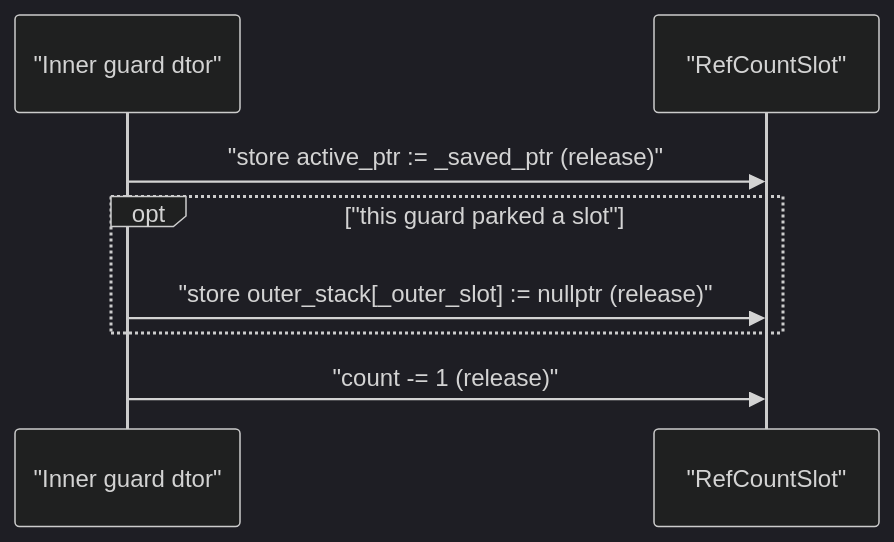
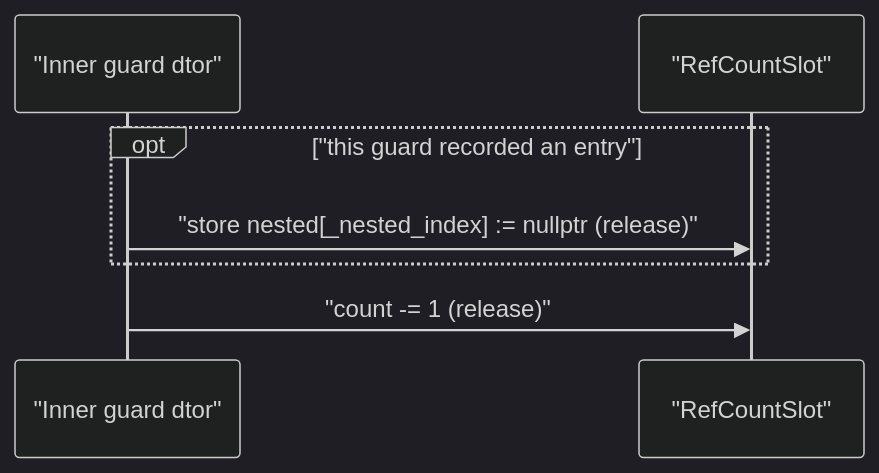
One commit to DataDog/java-profiler changed the fourth of 6 diagrams in doc/architecture/RefCountGuard.md. Above: the diagram before and after it, drawn with Mermaid (dark theme). The commit also changed other lines of this file and 8 other files, not shown here.

````diff
--- a/doc/architecture/RefCountGuard.md
+++ b/doc/architecture/RefCountGuard.md
@@ -120,10 +135,9 @@
 ```mermaid
 sequenceDiagram
     participant Inner as "Inner guard dtor"
     participant Slot as "RefCountSlot"
-    Inner->>Slot: "store active_ptr := _saved_ptr (release)"
-    opt "this guard parked a slot"
-        Inner->>Slot: "store outer_stack[_outer_slot] := nullptr (release)"
+    opt "this guard recorded an entry"
+        Inner->>Slot: "store nested[_nested_index] := nullptr (release)"
     end
     Inner->>Slot: "count -= 1 (release)"
 ```
````
